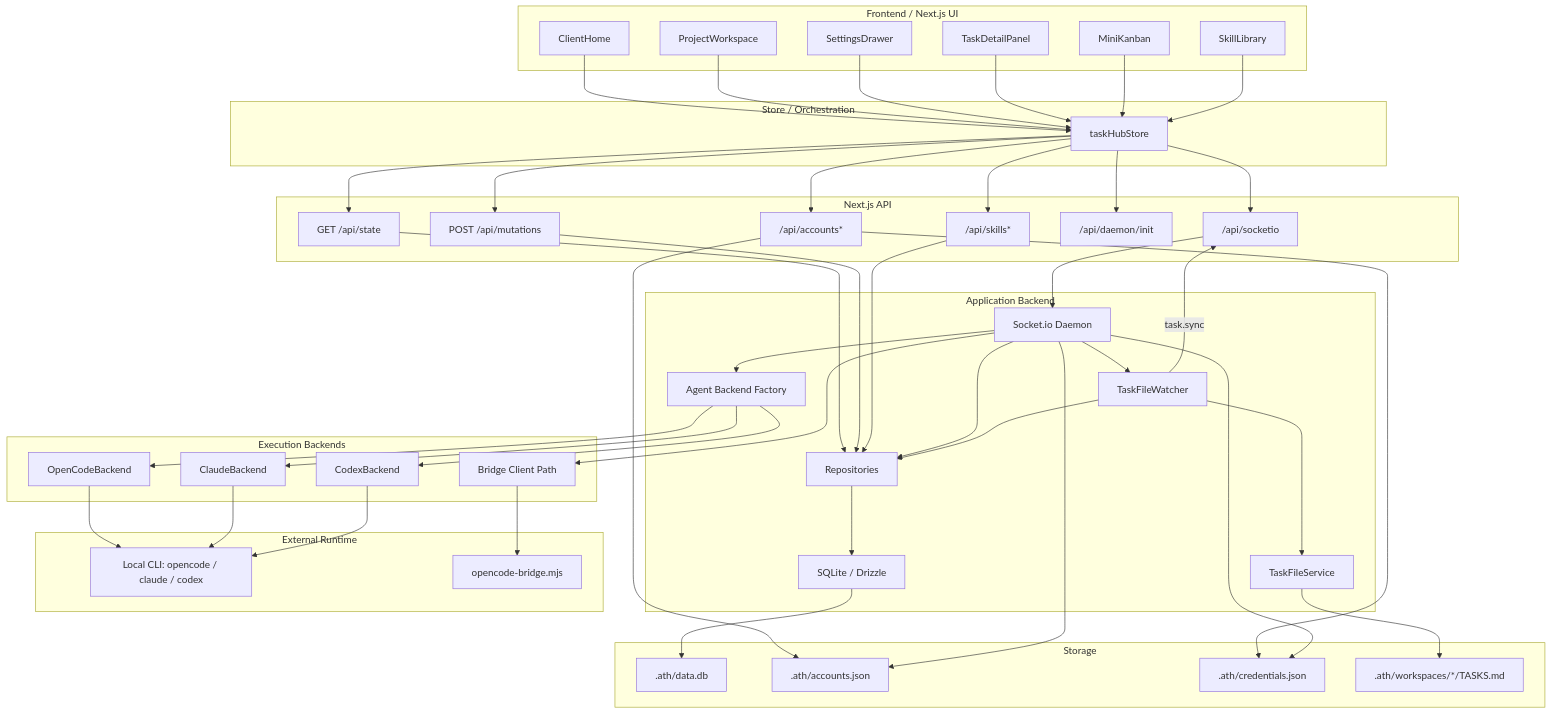
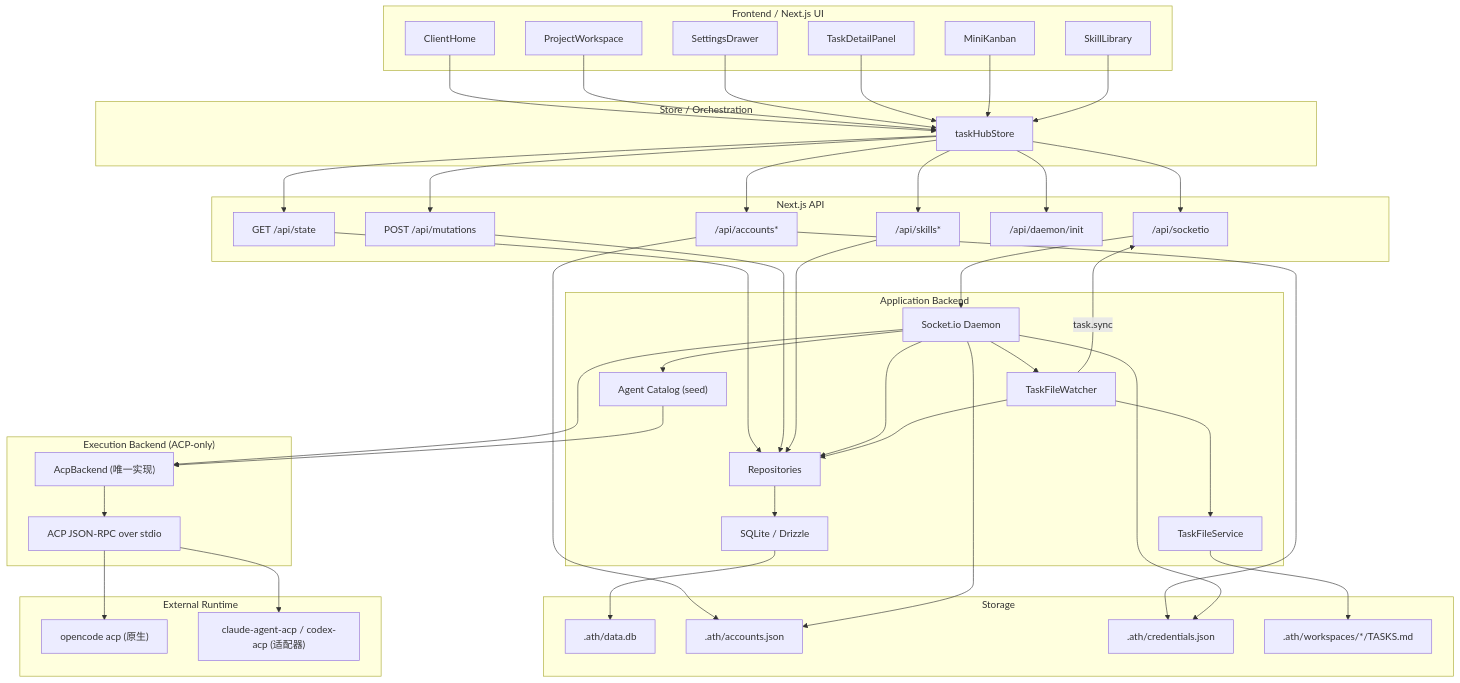
One commit to changhuaqiu/agent-task-team changed the first of 5 diagrams in docs/wiki/07-architecture-diagrams.md. Above: the diagram before and after it, drawn with Mermaid. The commit also changed other lines of this file and 6 other files, not shown here.

First line of the commit message:
docs(acp): sync architecture + backend-daemon docs to ACP-only reality

````diff
--- a/docs/wiki/07-architecture-diagrams.md
+++ b/docs/wiki/07-architecture-diagrams.md
@@ -42,16 +42,14 @@
     Repos["Repositories"]
     DB["SQLite / Drizzle"]
     Daemon["Socket.io Daemon"]
-    BackendFactory["Agent Backend Factory"]
+    Catalog["Agent Catalog (seed)"]
     FileWatcher["TaskFileWatcher"]
     FileService["TaskFileService"]
   end
 
-  subgraph Engines["Execution Backends"]
-    OpenCode["OpenCodeBackend"]
-    Claude["ClaudeBackend"]
-    Codex["CodexBackend"]
-    Bridge["Bridge Client Path"]
+  subgraph Engines["Execution Backend (ACP-only)"]
+    AcpBackend["AcpBackend (唯一实现)"]
+    AcpTransport["ACP JSON-RPC over stdio"]
   end
 
   subgraph Storage["Storage"]
@@ -62,8 +60,8 @@
   end
 
   subgraph External["External Runtime"]
-    LocalCLI["Local CLI: opencode / claude / codex"]
-    OpencodeBridge["opencode-bridge.mjs"]
+    Native["opencode acp (原生)"]
+    Adapters["claude-agent-acp / codex-acp (适配器)"]
   end
 
   ClientHome --> TaskHubStore
@@ -91,7 +89,7 @@
 
   SocketAPI --> Daemon
   Daemon --> Repos
-  Daemon --> BackendFactory
+  Daemon --> Catalog
   Daemon --> Accounts
   Daemon --> Credentials
   Daemon --> FileWatcher
@@ -101,13 +99,9 @@
   FileWatcher --> Repos
   FileWatcher -->|task.sync| SocketAPI
 
-  BackendFactory --> OpenCode
-  BackendFactory --> Claude
-  BackendFactory --> Codex
-  Daemon --> Bridge
-
-  OpenCode --> LocalCLI
-  Claude --> LocalCLI
-  Codex --> LocalCLI
-  Bridge --> OpencodeBridge
+  Daemon --> AcpBackend
+  Catalog --> AcpBackend
+  AcpBackend --> AcpTransport
+  AcpTransport --> Native
+  AcpTransport --> Adapters
 ```
````
